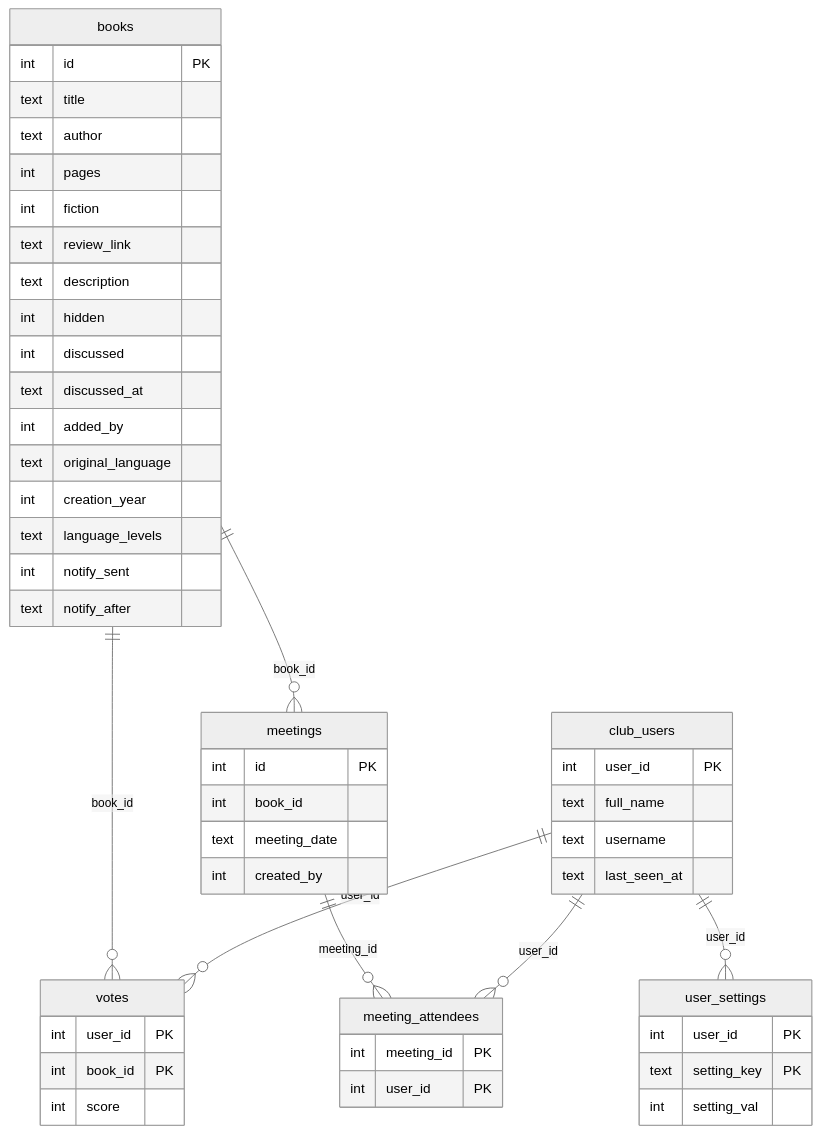
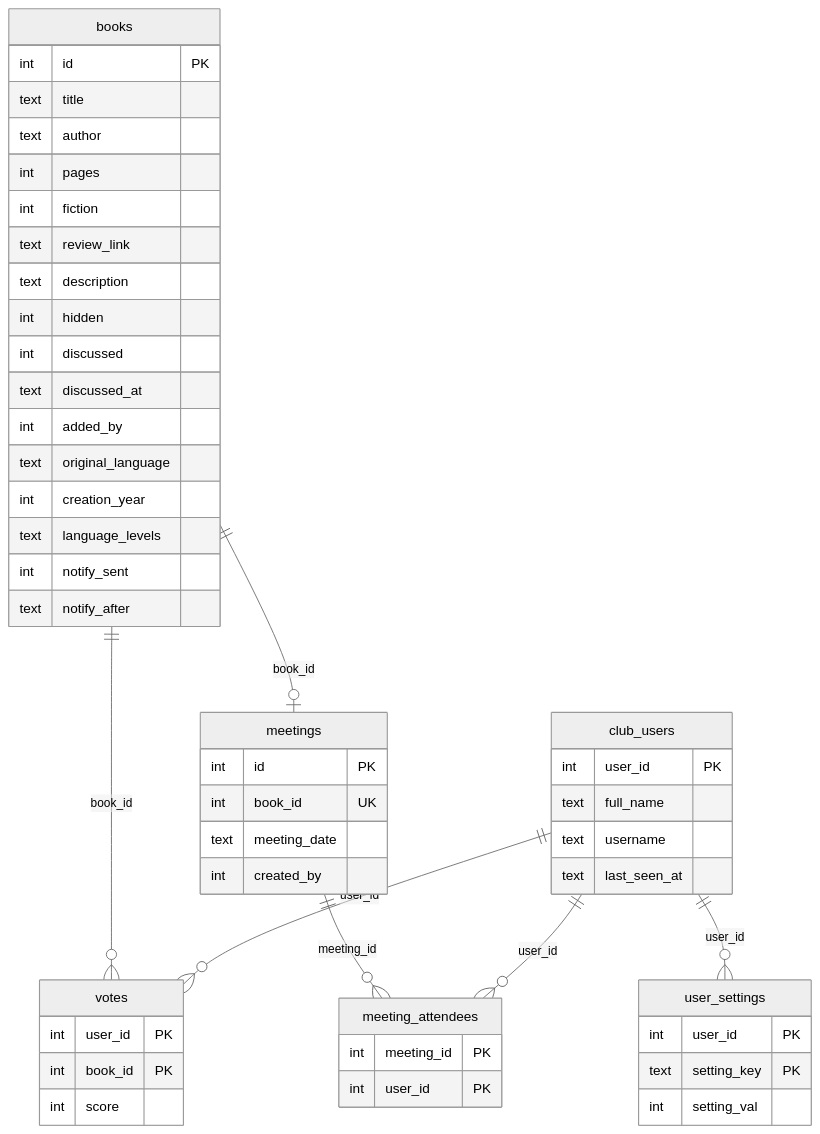
The fourth of 4 diagrams in docs/architecture.md (antmaxi/book-club-bot), drawn with Mermaid (neutral theme) before and after one commit. The commit also changed other lines of this file and 11 other files, not shown here.

````diff
--- a/docs/architecture.md
+++ b/docs/architecture.md
@@ -152,54 +152,54 @@
 ```mermaid
 erDiagram
   books ||--o{ votes : "book_id"
-  books ||--o{ meetings : "book_id"
+  books ||--o| meetings : "book_id"
   meetings ||--o{ meeting_attendees : "meeting_id"
   club_users ||--o{ meeting_attendees : "user_id"
   club_users ||--o{ votes : "user_id"
   club_users ||--o{ user_settings : "user_id"
 
   books {
     int id PK
     text title
     text author
     int pages
     int fiction
     text review_link
     text description
     int hidden
     int discussed
     text discussed_at
     int added_by
     text original_language
     int creation_year
     text language_levels
     int notify_sent
     text notify_after
   }
   votes {
     int user_id PK
     int book_id PK
     int score
   }
   user_settings {
     int user_id PK
     text setting_key PK
     int setting_val
   }
   club_users {
     int user_id PK
     text full_name
     text username
     text last_seen_at
   }
   meetings {
     int id PK
-    int book_id
+    int book_id UK
     text meeting_date
     int created_by
   }
   meeting_attendees {
     int meeting_id PK
     int user_id PK
   }
 ```
````
